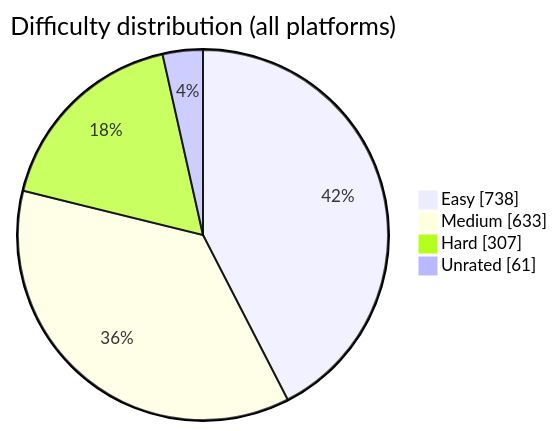
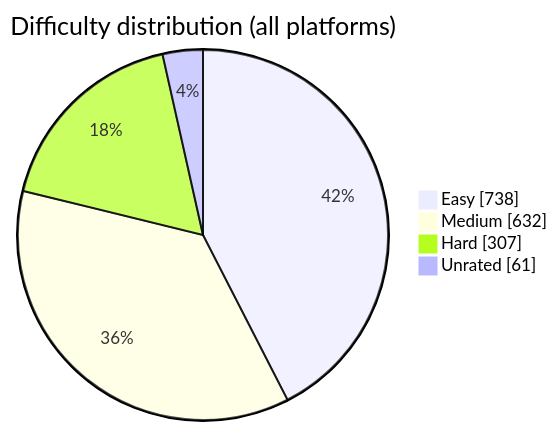
Before and after one commit to BuildbyArindam/Daily-Coding-Log: the diagram in README.md, drawn with Mermaid. The commit also changed other lines of this file, not shown here.

````diff
--- a/README.md
+++ b/README.md
@@ -93,7 +93,7 @@
 ```mermaid
 pie showData title Difficulty distribution (all platforms)
     "Easy" : 738
-    "Medium" : 633
+    "Medium" : 632
     "Hard" : 307
     "Unrated" : 61
 ```
````
